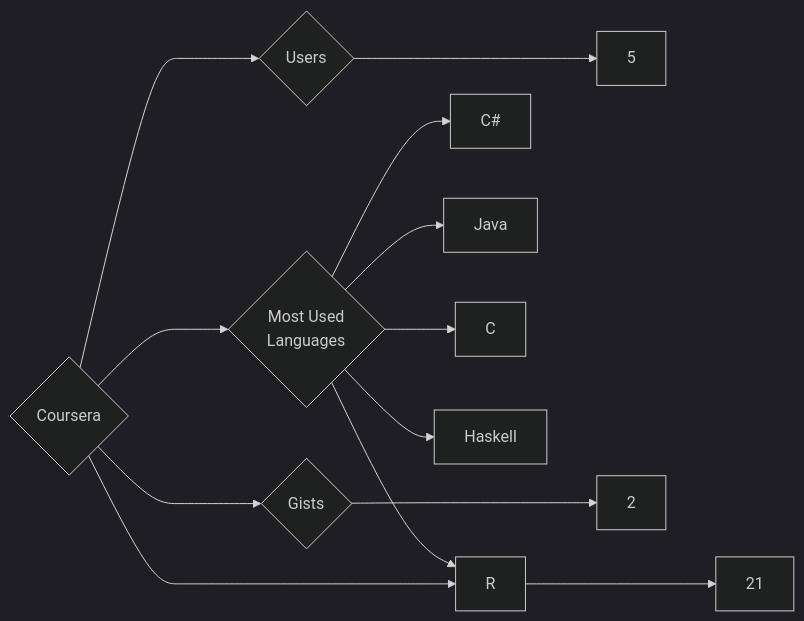
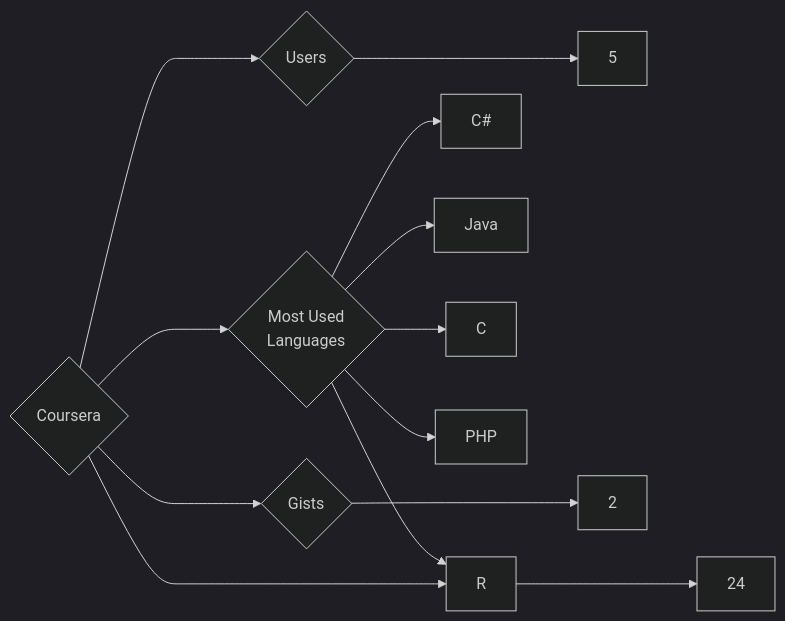
One commit to trickest/insiders changed the diagram in targets/Coursera/README.md. Above: the diagram before and after it, drawn with Mermaid (dark theme). The commit also changed 840 other files, not shown here.

````diff
--- a/targets/Coursera/README.md
+++ b/targets/Coursera/README.md
@@ -3,13 +3,13 @@
 ```mermaid
 graph LR
 COMPANY_NAME{Coursera}
 COMPANY_NAME ---> U{Users} ---> UN[5]
-COMPANY_NAME ---> R{Repositories} ---> RN[21]
+COMPANY_NAME ---> R{Repositories} ---> RN[24]
 COMPANY_NAME ---> G{Gists} ---> GN[2]
 COMPANY_NAME ---> ML{Most Used<br>Languages}
 ML --> C#[C#]
 ML --> Java[Java]
 ML --> C[C]
 ML --> R[R]
-ML --> Haskell[Haskell]
+ML --> PHP[PHP]
 ```
````
